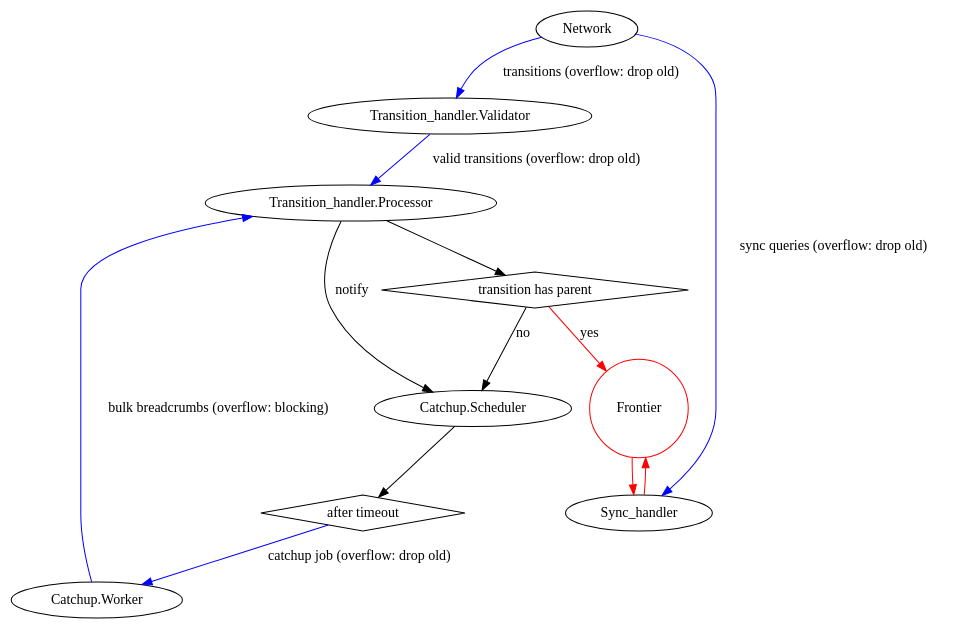
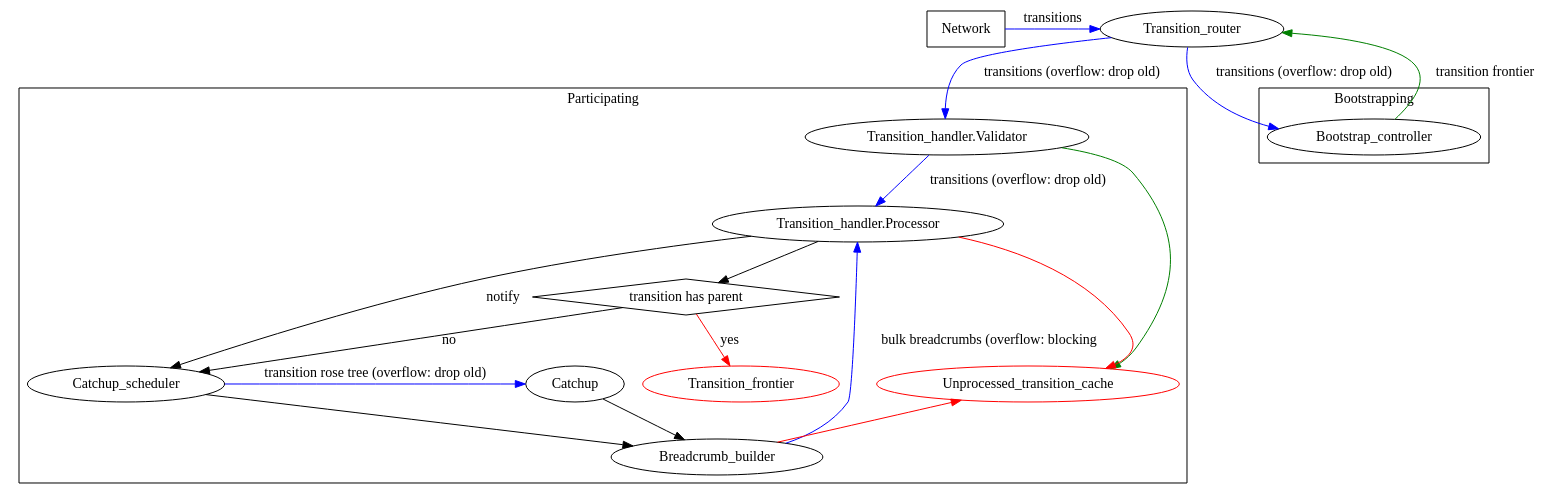
Before and after one commit to MinaProtocol/mina: the diagram in docs/res/transition_frontier_controller.dot, drawn with Graphviz. The commit also changed 59 other files, not shown here.

First line of the commit message:
Unprocessed Transition Cache (#1696)

```diff
--- a/docs/res/transition_frontier_controller.dot
+++ b/docs/res/transition_frontier_controller.dot
@@ -1,22 +1,45 @@
 digraph G {
   // rankdir=LR;
+  newrank=true;
 
-  Network -> "Transition_handler.Validator" [label="transitions (overflow: drop old)",color=blue];
-  Network -> Sync_handler [label="sync queries (overflow: drop old)",color=blue];
+  Network [shape=box];
+  {Network; Transition_router; rank=source};
 
-  "transition has parent" [shape=diamond];
-  "Transition_handler.Validator" -> "Transition_handler.Processor" [label="valid transitions (overflow: drop old)",color=blue];
+  subgraph cluster_participating {
+    label="Participating";
+    "Transition_handler.Validator";
+    "Transition_handler.Processor";
+    "transition has parent" [shape=diamond];
+    {Catchup_scheduler; Catchup; Unprocessed_transition_cache [color=red]; rank=same};
+    Breadcrumb_builder;
+    Transition_frontier [color=red];
+  }
+
+  subgraph cluster_bootstrapping {
+    label="Bootstrapping";
+    Bootstrap_controller;
+  }
+
+  {"Transition_handler.Validator"; Bootstrap_controller; rank=same};
+
+  Network -> Transition_router [label="transitions",color=blue];
+  Transition_router -> {"Transition_handler.Validator", Bootstrap_controller}
+    [label="transitions (overflow: drop old)",color=blue];
+
+  Bootstrap_controller -> Transition_router [label="transition frontier",color=green];
+
+  "Transition_handler.Validator" -> "Transition_handler.Processor"
+    [label="transitions (overflow: drop old)",color=blue];
   "Transition_handler.Processor" -> "transition has parent";
-  "transition has parent" -> Frontier [label="yes",color=red];
-  "transition has parent" -> "Catchup.Scheduler" [label="no"];
-  "Transition_handler.Processor" -> "Catchup.Scheduler" [label="notify"];
+  "Transition_handler.Processor" -> Catchup_scheduler [label="notify"];
+  "transition has parent" -> Transition_frontier [label="yes",color=red];
+  "transition has parent" -> Catchup_scheduler [label="no"];
 
-  "after timeout" [shape=diamond];
-  "Catchup.Scheduler" -> "after timeout";
-  "after timeout" -> "Catchup.Worker" [label="catchup job (overflow: drop old)",color=blue];
-  "Catchup.Worker" -> "Transition_handler.Processor" [label="bulk breadcrumbs (overflow: blocking)",color=blue];
+  {Catchup_scheduler, Catchup} -> Breadcrumb_builder;
+  Catchup_scheduler -> Catchup [label="transition rose tree (overflow: drop old)",color=blue];
+  Breadcrumb_builder -> "Transition_handler.Processor" [label="bulk breadcrumbs (overflow: blocking",color=blue];
 
-  Frontier [shape=circle,color=red];
-  Frontier -> Sync_handler [color=red];
-  Sync_handler -> Frontier [color=red];
+  "Transition_handler.Validator" -> Unprocessed_transition_cache [color=green];
+  "Transition_handler.Processor" -> Unprocessed_transition_cache [color=red];
+  Breadcrumb_builder -> Unprocessed_transition_cache [color=red];
 }
```
